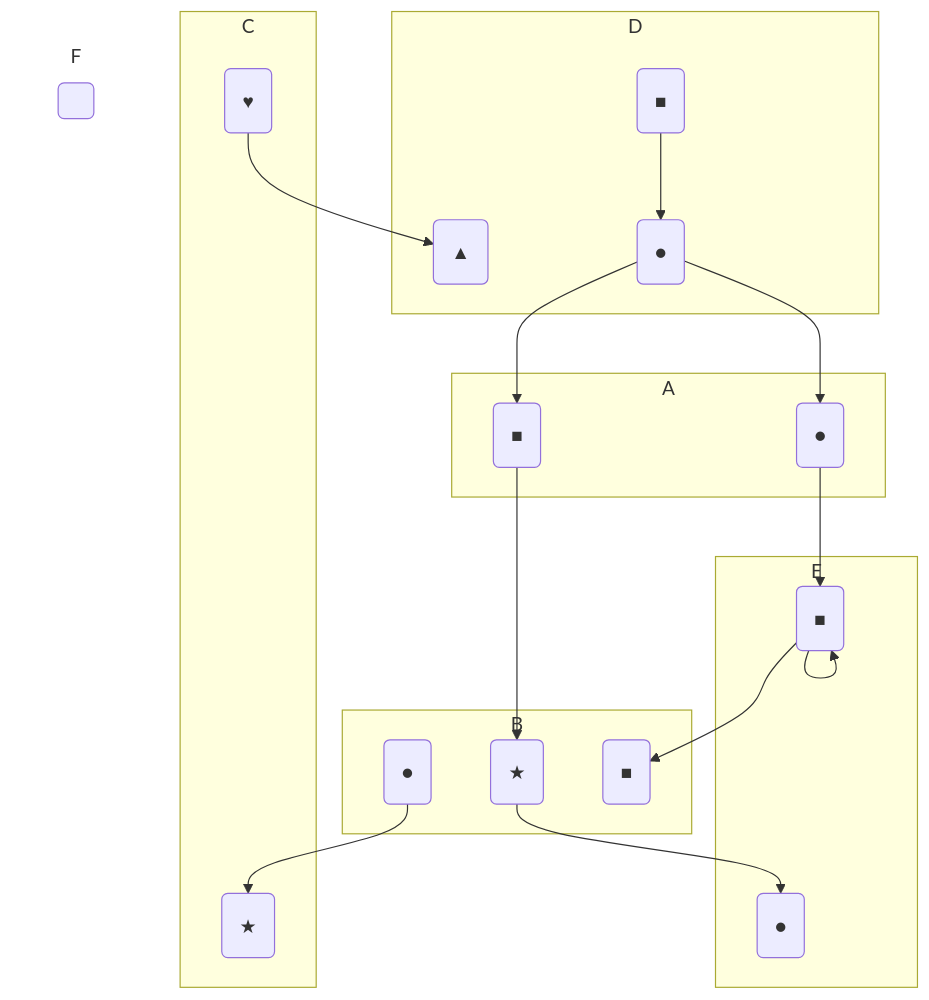
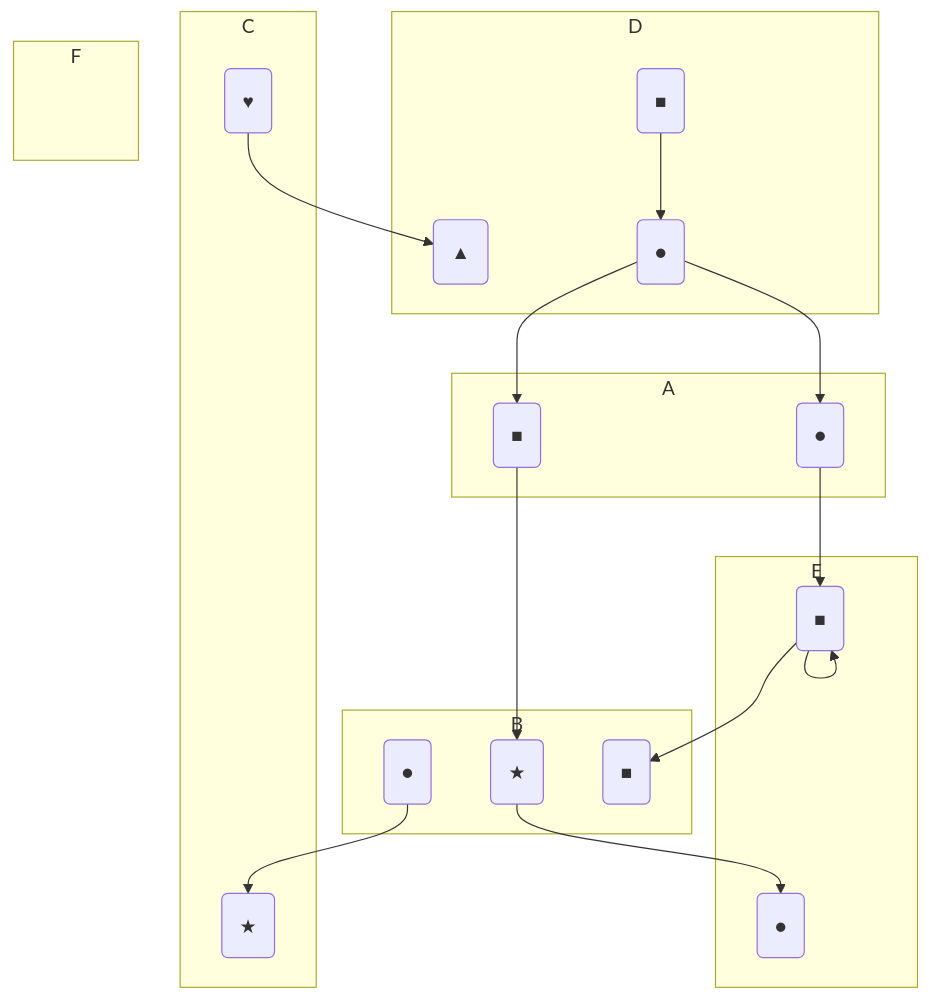
One commit to flexflow/FlexFlow changed the fourth of 4 diagrams in lib/utils/include/utils/graph/README.md. Above: the diagram before and after it, drawn with Mermaid.

````diff
--- a/lib/utils/include/utils/graph/README.md
+++ b/lib/utils/include/utils/graph/README.md
@@ -80,60 +80,60 @@
 ```mermaid
 flowchart TD
     Acirc("&#x25CF")
     Asqua("&#x25A0")
     Bcirc("&#x25CF")
     Bstar("&#x2605")
     Bsqua("&#x25A0")
     Chear("&#x2665")
     Cstar("&#x2605")
     Dsqua("&#x25A0")
     Dcirc("&#x25CF")
     Dtria("&#x25B2")
     Ecirc("&#x25CF")
     Esqua("&#x25A0")
-    Fsqua(" ")
+    Fplaceholder(" ")
 
-    style F fill:#0000,stroke:#0000
+    style Fplaceholder fill:#0000,stroke:#0000
 
     subgraph "A"
       Acirc
       Asqua
     end
 
     subgraph "B"
         Bsqua
         Bcirc
         Bstar
     end
 
     subgraph "C"
         Chear
         Cstar
     end
 
     subgraph "D"
         Dsqua 
         Dcirc
         Dtria
     end
 
     subgraph "E"
         Ecirc 
         Esqua
     end
 
     subgraph "F"
-        Fsqua
+        Fplaceholder
     end
 
     Asqua --> Bstar 
     Bcirc --> Cstar
     Chear --> Dtria
     Dcirc --> Asqua 
     Bstar --> Ecirc 
     Esqua --> Bsqua
     Dcirc --> Acirc
     Acirc --> Esqua 
     Dsqua --> Dcirc
     Esqua --> Esqua
 ```
````
